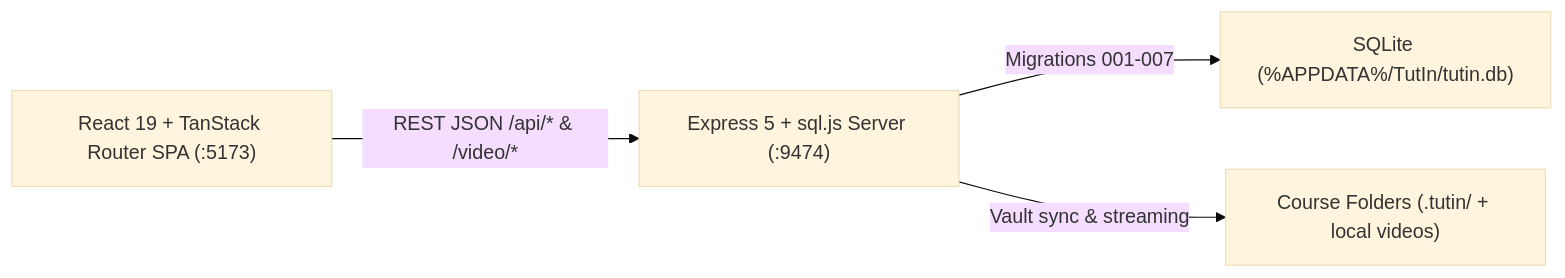
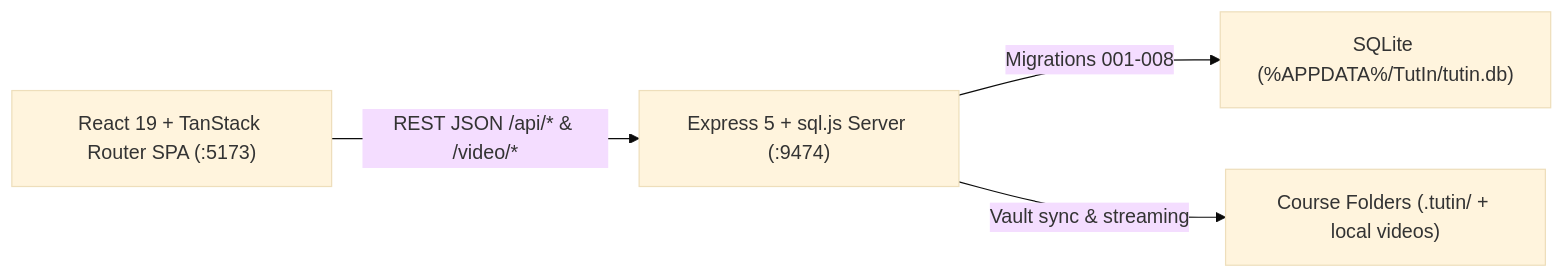
One commit to noureldenadel/TutIn changed the diagram in new ui/docs/ARCHITECTURE.md. Above: the diagram before and after it, drawn with Mermaid (base theme). The commit also changed other lines of this file and 27 other files, not shown here.

````diff
--- a/new ui/docs/ARCHITECTURE.md
+++ b/new ui/docs/ARCHITECTURE.md
@@ -5,6 +5,6 @@
 ```mermaid
 flowchart LR
     Client["React 19 + TanStack Router SPA (:5173)"] -->|"REST JSON /api/* & /video/*"| Server["Express 5 + sql.js Server (:9474)"]
-    Server -->|"Migrations 001-007"| DB["SQLite (%APPDATA%/TutIn/tutin.db)"]
+    Server -->|"Migrations 001-008"| DB["SQLite (%APPDATA%/TutIn/tutin.db)"]
     Server -->|"Vault sync & streaming"| Vault["Course Folders (.tutin/ + local videos)"]
 ```
````
